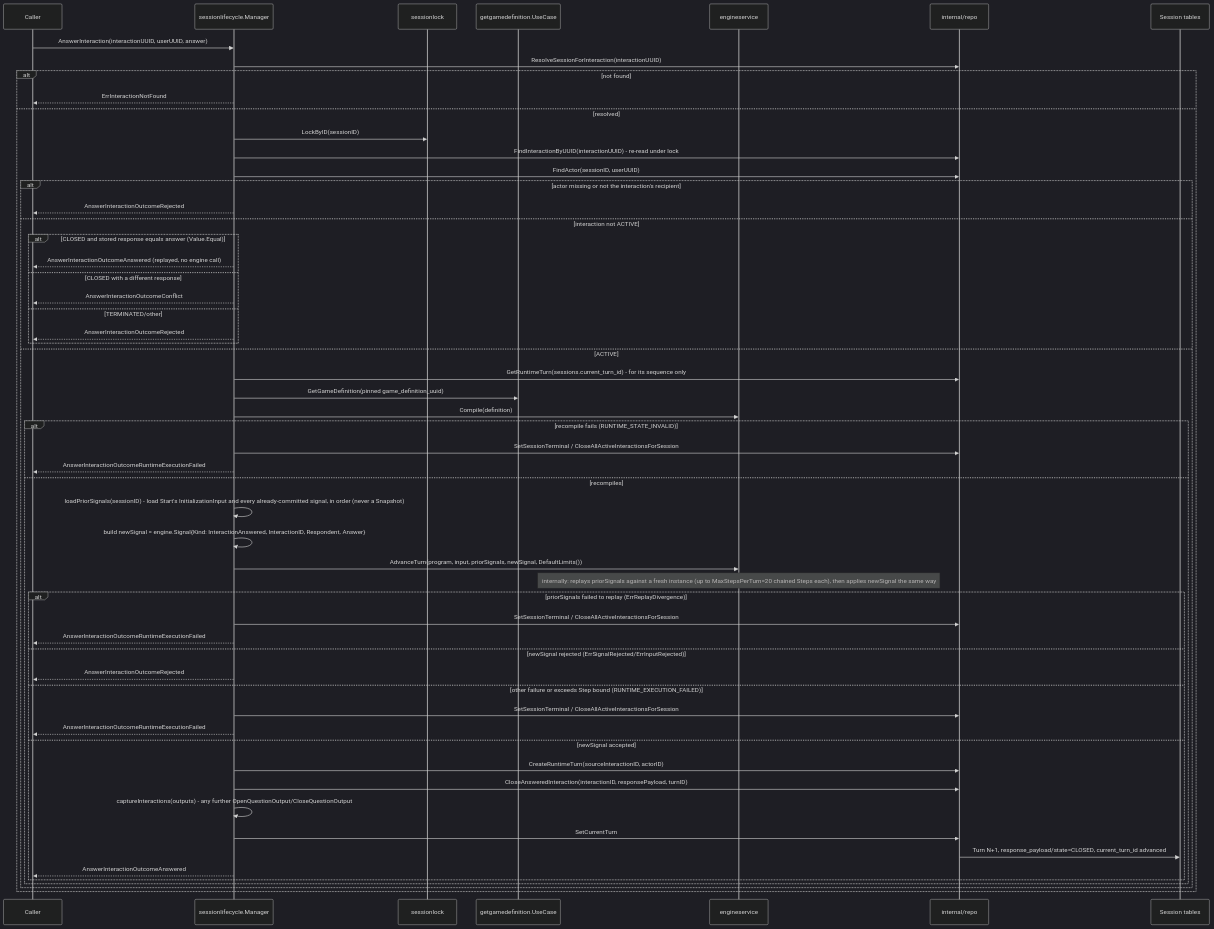
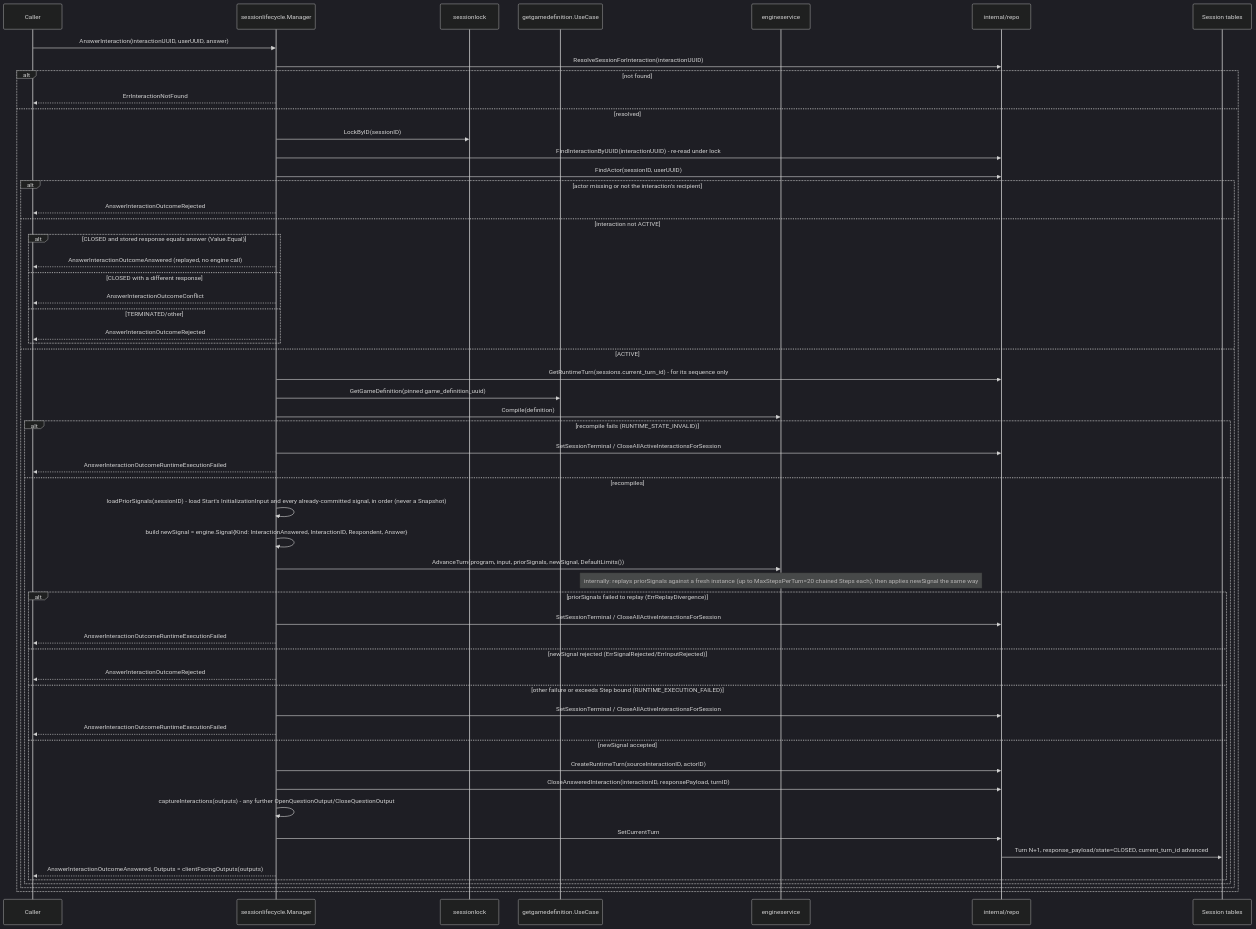
The fourth of 4 diagrams in game/docs/FLOWS.md (diegobermudez03/playhoot), drawn with Mermaid (dark theme) before and after one commit. The commit also changed other lines of this file and 11 other files, not shown here.

````diff
--- a/game/docs/FLOWS.md
+++ b/game/docs/FLOWS.md
@@ -151,60 +153,60 @@
 ```mermaid
 sequenceDiagram
     participant Caller
     participant Mgr as sessionlifecycle.Manager
     participant Lock as sessionlock
     participant GetDef as getgamedefinition.UseCase
     participant Engine as engineservice
     participant Repo as internal/repo
     participant DB as Session tables
 
     Caller->>Mgr: AnswerInteraction(interactionUUID, userUUID, answer)
     Mgr->>Repo: ResolveSessionForInteraction(interactionUUID)
     alt not found
         Mgr-->>Caller: ErrInteractionNotFound
     else resolved
         Mgr->>Lock: LockByID(sessionID)
         Mgr->>Repo: FindInteractionByUUID(interactionUUID) - re-read under lock
         Mgr->>Repo: FindActor(sessionID, userUUID)
         alt actor missing or not the interaction's recipient
             Mgr-->>Caller: AnswerInteractionOutcomeRejected
         else interaction not ACTIVE
             alt CLOSED and stored response equals answer (Value.Equal)
                 Mgr-->>Caller: AnswerInteractionOutcomeAnswered (replayed, no engine call)
             else CLOSED with a different response
                 Mgr-->>Caller: AnswerInteractionOutcomeConflict
             else TERMINATED/other
                 Mgr-->>Caller: AnswerInteractionOutcomeRejected
             end
         else ACTIVE
             Mgr->>Repo: GetRuntimeTurn(sessions.current_turn_id) - for its sequence only
             Mgr->>GetDef: GetGameDefinition(pinned game_definition_uuid)
             Mgr->>Engine: Compile(definition)
             alt recompile fails (RUNTIME_STATE_INVALID)
                 Mgr->>Repo: SetSessionTerminal / CloseAllActiveInteractionsForSession
                 Mgr-->>Caller: AnswerInteractionOutcomeRuntimeExecutionFailed
             else recompiles
                 Mgr->>Mgr: loadPriorSignals(sessionID) - load Start's InitializationInput and every already-committed signal, in order (never a Snapshot)
                 Mgr->>Mgr: build newSignal = engine.Signal{Kind: InteractionAnswered, InteractionID, Respondent, Answer}
                 Mgr->>Engine: AdvanceTurn(program, input, priorSignals, newSignal, DefaultLimits())
                 note over Engine: internally: replays priorSignals against a fresh instance (up to MaxStepsPerTurn=20 chained Steps each), then applies newSignal the same way
                 alt priorSignals failed to replay (ErrReplayDivergence)
                     Mgr->>Repo: SetSessionTerminal / CloseAllActiveInteractionsForSession
                     Mgr-->>Caller: AnswerInteractionOutcomeRuntimeExecutionFailed
                 else newSignal rejected (ErrSignalRejected/ErrInputRejected)
                     Mgr-->>Caller: AnswerInteractionOutcomeRejected
                 else other failure or exceeds Step bound (RUNTIME_EXECUTION_FAILED)
                     Mgr->>Repo: SetSessionTerminal / CloseAllActiveInteractionsForSession
                     Mgr-->>Caller: AnswerInteractionOutcomeRuntimeExecutionFailed
                 else newSignal accepted
                     Mgr->>Repo: CreateRuntimeTurn(sourceInteractionID, actorID)
                     Mgr->>Repo: CloseAnsweredInteraction(interactionID, responsePayload, turnID)
                     Mgr->>Mgr: captureInteractions(outputs) - any further OpenQuestionOutput/CloseQuestionOutput
                     Mgr->>Repo: SetCurrentTurn
                     Repo->>DB: Turn N+1, response_payload/state=CLOSED, current_turn_id advanced
-                    Mgr-->>Caller: AnswerInteractionOutcomeAnswered
+                    Mgr-->>Caller: AnswerInteractionOutcomeAnswered, Outputs = clientFacingOutputs(outputs)
                 end
             end
         end
     end
 ```
````
